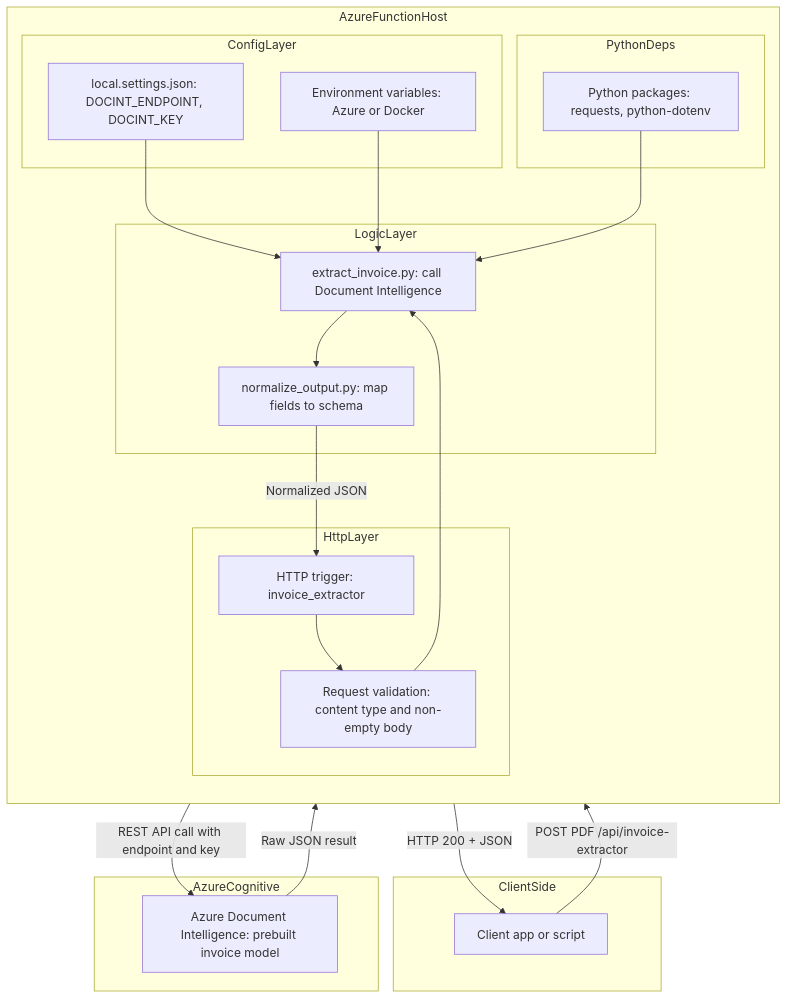
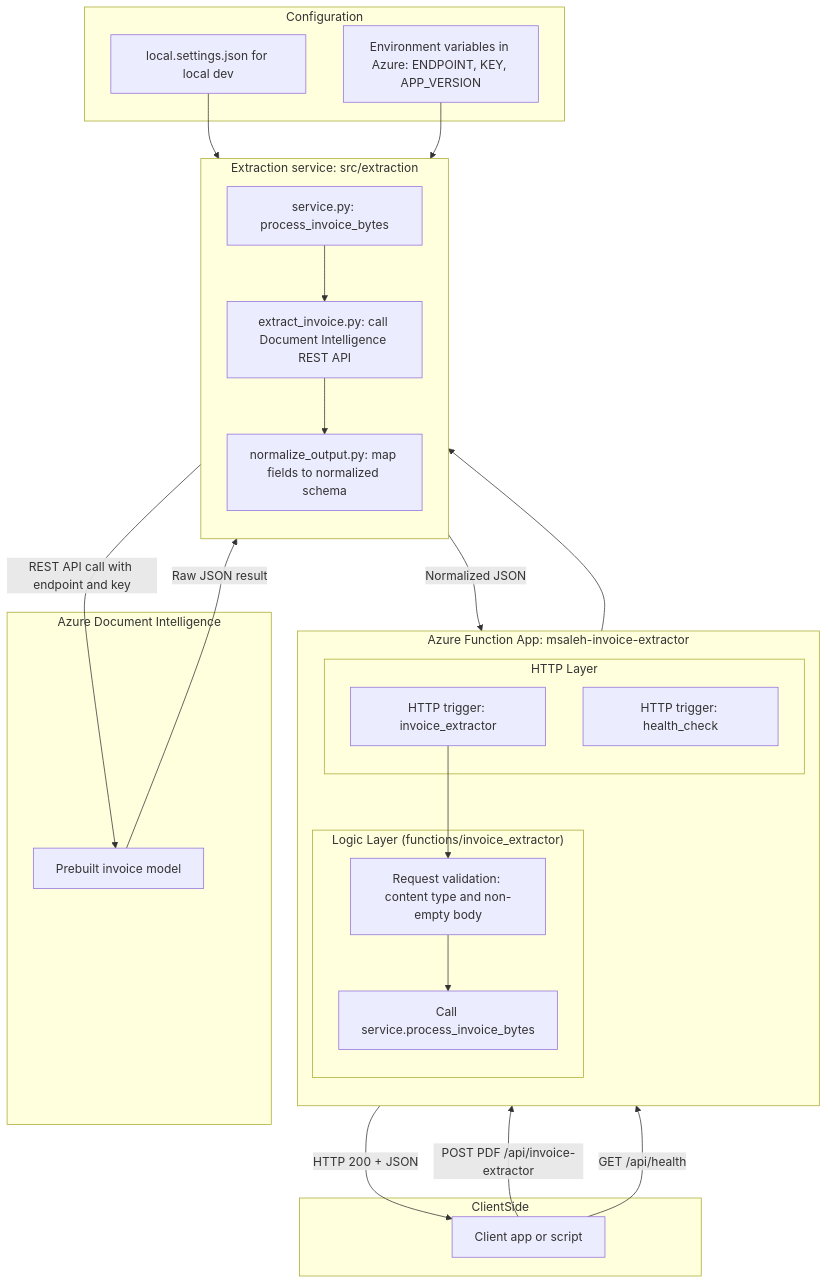
Before and after one commit to msaleh1888/azure-serverless-invoice-extraction: the second of 2 diagrams in azure/architecture.md, drawn with Mermaid. The commit also changed other lines of this file and 6 other files, not shown here.

````diff
--- a/azure/architecture.md
+++ b/azure/architecture.md
@@ -22,47 +40,53 @@
 ```mermaid
 flowchart TB
 
     subgraph ClientSide
-        C1[Client app or script]
+        C1["Client app or script"]
     end
 
-    subgraph AzureFunctionHost
+    subgraph AzureFunctionHost["Azure Function App: msaleh-invoice-extractor"]
         direction TB
 
-        subgraph HttpLayer
-            F1[HTTP trigger: invoice_extractor]
-            F2[Request validation: content type and non-empty body]
+        subgraph HttpLayer["HTTP Layer"]
+            F1["HTTP trigger: invoice_extractor"]
+            F2["HTTP trigger: health_check"]
         end
 
-        subgraph LogicLayer
-            L1[extract_invoice.py: call Document Intelligence]
-            L2[normalize_output.py: map fields to schema]
-        end
-
-        subgraph ConfigLayer
-            S1[local.settings.json: DOCINT_ENDPOINT, DOCINT_KEY]
-            S2[Environment variables: Azure or Docker]
-        end
-
-        subgraph PythonDeps
-            P1[Python packages: requests, python-dotenv]
+        subgraph LogicLayer["Logic Layer (functions/invoice_extractor)"]
+            L0["Request validation: content type and non-empty body"]
+            L1["Call service.process_invoice_bytes"]
         end
     end
 
-    subgraph AzureCognitive
-        D1[Azure Document Intelligence: prebuilt invoice model]
+    subgraph ExtractionService["Extraction service: src/extraction"]
+        direction TB
+        S1["service.py: process_invoice_bytes"]
+        S2["extract_invoice.py: call Document Intelligence REST API"]
+        S3["normalize_output.py: map fields to normalized schema"]
     end
 
-    C1 -->|POST PDF /api/invoice-extractor| F1
-    F1 --> F2
-    F2 --> L1
-    L1 -->|REST API call with endpoint and key| D1
-    D1 -->|Raw JSON result| L1
-    L1 --> L2
-    L2 -->|Normalized JSON| F1
-    F1 -->|HTTP 200 + JSON| C1
+    subgraph ConfigLayer["Configuration"]
+        Conf1["local.settings.json for local dev"]
+        Conf2["Environment variables in Azure: ENDPOINT, KEY, APP_VERSION"]
+    end
 
-    S1 --> L1
-    S2 --> L1
-    P1 --> L1
+    subgraph AzureCognitive["Azure Document Intelligence"]
+        D1["Prebuilt invoice model"]
+    end
+
+    C1 -->|"POST PDF /api/invoice-extractor"| F1
+    F1 --> L0
+    L0 --> L1
+    L1 --> S1
+    S1 --> S2
+    S2 -->|"REST API call with endpoint and key"| D1
+    D1 -->|"Raw JSON result"| S2
+    S2 --> S3
+    S3 -->|"Normalized JSON"| F1
+    F1 -->|"HTTP 200 + JSON"| C1
+
+    C1 -->|"GET /api/health"| F2
+
+    Conf1 --> S1
+    Conf2 --> S1
 ```
````
